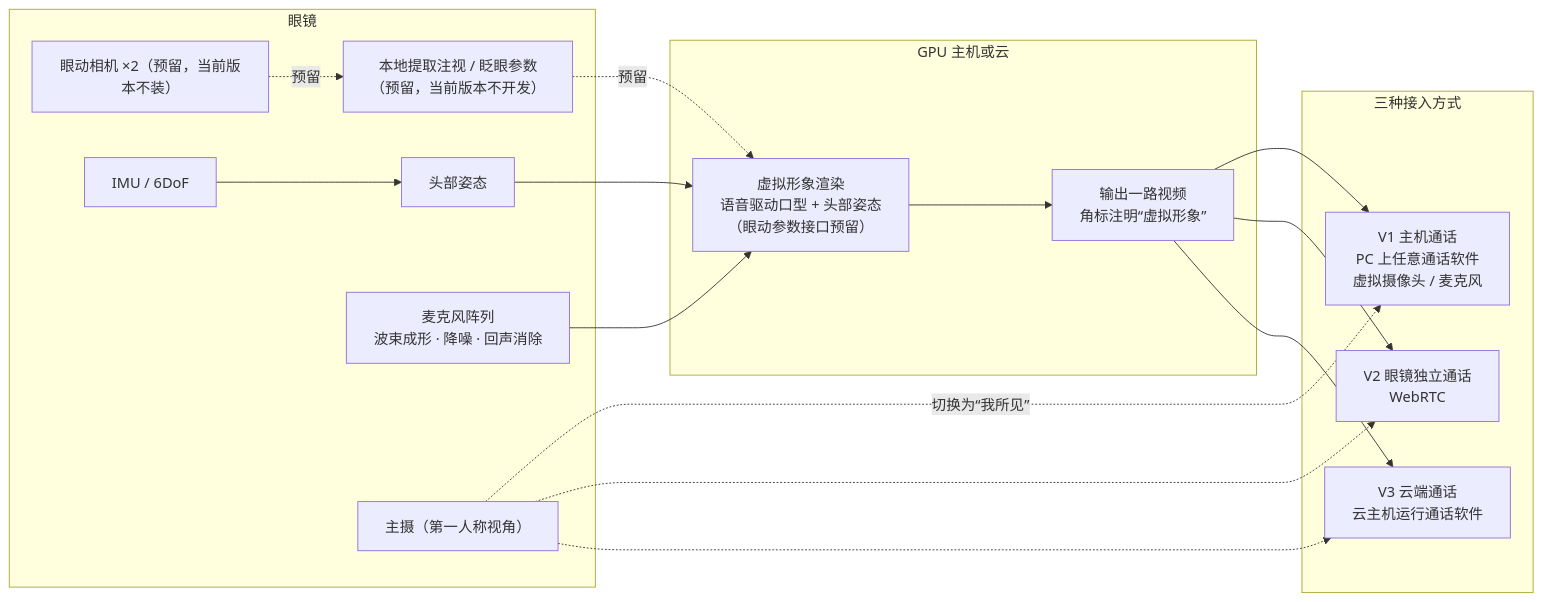
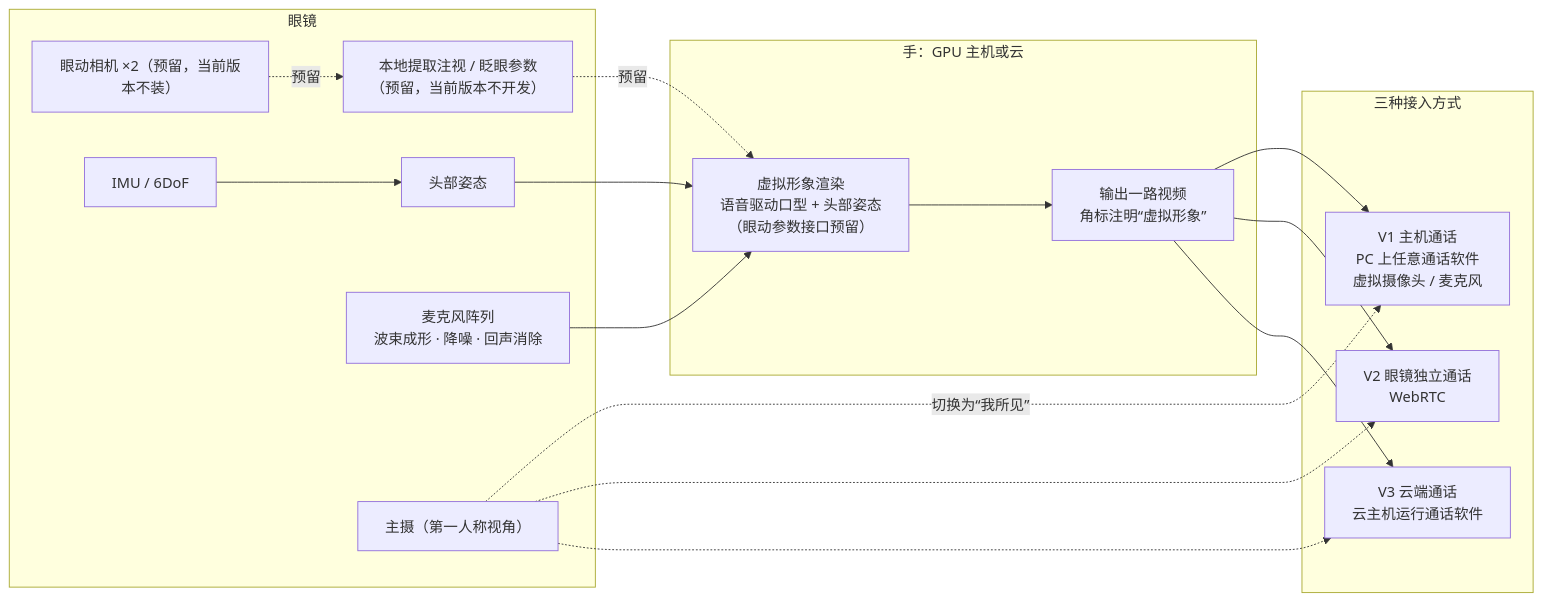
One commit to jodancain/independent-cellular-ai-glasses changed the eighth of 10 diagrams in docs/system-architecture.md. Above: the diagram before and after it, drawn with Mermaid. The commit also changed other lines of this file and 111 other files, not shown here.

Commit message:
脑、小脑、手、脚贯穿全方案（决定 #25，方案 v0.7.6）：连接正式定为脚；方案加四角色对照表，路线标芯片角色，设计开发要求 194 条加角色映射与脑的需求，验证计划按角色，10 张图与硬件初版标角色；技术全解与宣传片同步

````diff
--- a/docs/system-architecture.md
+++ b/docs/system-architecture.md
@@ -360,28 +362,28 @@
 ```mermaid
 flowchart LR
   subgraph GL["眼镜"]
     E1["眼动相机 ×2（预留，当前版本不装）"] -. "预留" .-> E2["本地提取注视 / 眨眼参数<br/>（预留，当前版本不开发）"]
     E3["IMU / 6DoF"] --> E4["头部姿态"]
     E5["麦克风阵列<br/>波束成形 · 降噪 · 回声消除"]
     E6["主摄（第一人称视角）"]
   end
-  subgraph RENDER["GPU 主机或云"]
+  subgraph RENDER["手：GPU 主机或云"]
     R1["虚拟形象渲染<br/>语音驱动口型 + 头部姿态<br/>（眼动参数接口预留）"]
     R2["输出一路视频<br/>角标注明“虚拟形象”"]
   end
   subgraph PATHS["三种接入方式"]
     V1["V1 主机通话<br/>PC 上任意通话软件<br/>虚拟摄像头 / 麦克风"]
     V2["V2 眼镜独立通话<br/>WebRTC"]
     V3["V3 云端通话<br/>云主机运行通话软件"]
   end
   E2 -. "预留" .-> R1
   E4 --> R1
   E5 --> R1
   R1 --> R2
   R2 --> V1
   R2 --> V2
   R2 --> V3
   E6 -. 切换为“我所见” .-> V1
   E6 -.-> V2
   E6 -.-> V3
 ```
````
